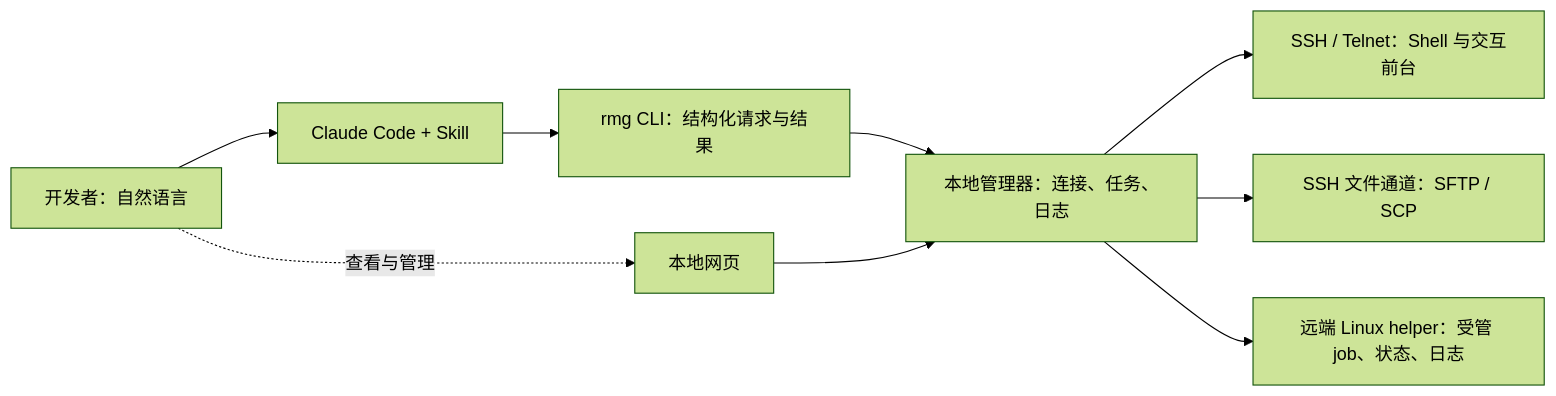
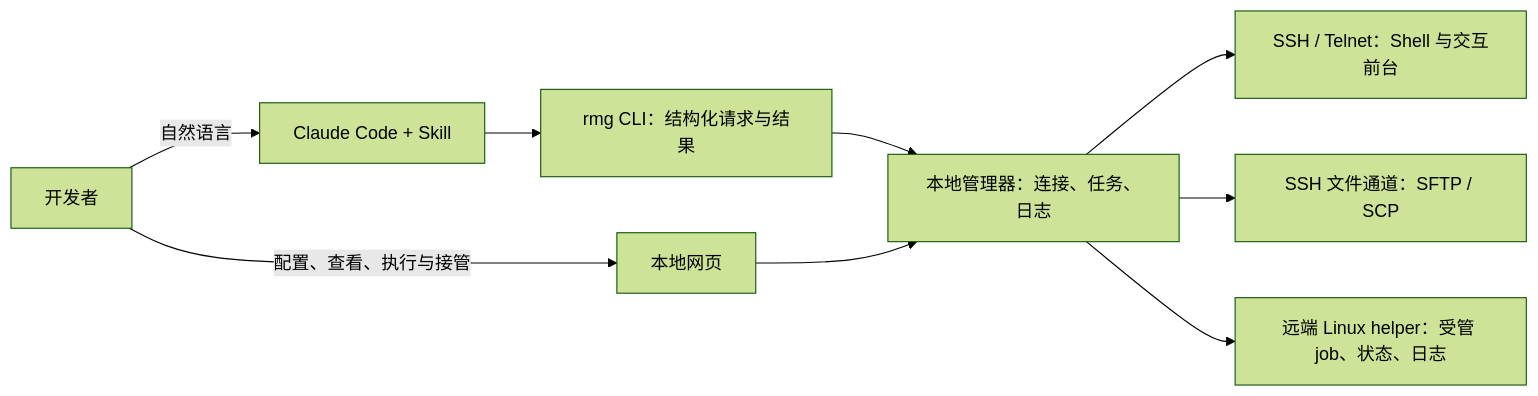
The diagram in README.md (LX-Cel/remote-mng), drawn with Mermaid (forest theme) before and after one commit. The commit also changed other lines of this file and 38 other files, not shown here.

````diff
--- a/README.md
+++ b/README.md
@@ -82,11 +91,11 @@
 ```mermaid
 flowchart LR
-    Developer["开发者：自然语言"] --> Agent["Claude Code + Skill"]
+    Developer["开发者"] -->|自然语言| Agent["Claude Code + Skill"]
     Agent --> CLI["rmg CLI：结构化请求与结果"]
     CLI --> Manager["本地管理器：连接、任务、日志"]
-    Developer -. "查看与管理" .-> Web["本地网页"]
+    Developer -->|配置、查看、执行与接管| Web["本地网页"]
     Web --> Manager
     Manager --> Shell["SSH / Telnet：Shell 与交互前台"]
     Manager --> Transfer["SSH 文件通道：SFTP / SCP"]
     Manager --> Helper["远端 Linux helper：受管 job、状态、日志"]
 ```
````
